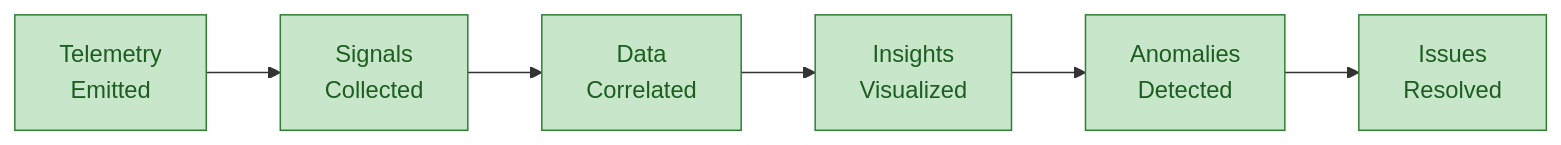
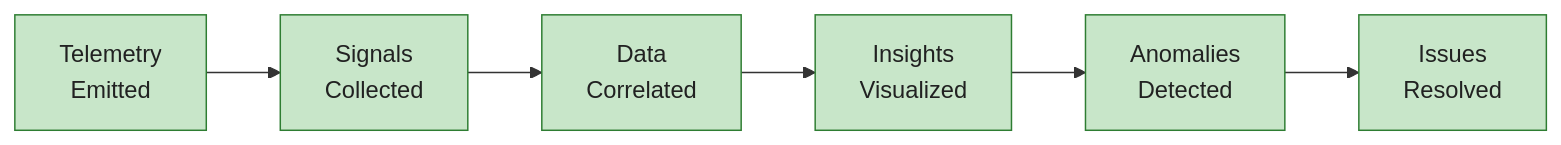
Before and after one commit to Evilazaro/Azure-LogicApps-Monitoring: the third of 4 diagrams in docs/architecture/01-business-architecture.md, drawn with Mermaid. The commit also changed other lines of this file and 2 other files, not shown here.

Commit message:
Refactor architecture diagrams for consistent color scheme and improved readability

````diff
--- a/docs/architecture/01-business-architecture.md
+++ b/docs/architecture/01-business-architecture.md
@@ -115,15 +112,15 @@
 ```mermaid
 flowchart LR
     MV1[Telemetry<br/>Emitted]
     MV2[Signals<br/>Collected]
     MV3[Data<br/>Correlated]
     MV4[Insights<br/>Visualized]
     MV5[Anomalies<br/>Detected]
     MV6[Issues<br/>Resolved]
 
     MV1 --> MV2 --> MV3 --> MV4 --> MV5 --> MV6
 
-    classDef stage fill:#C8E6C9,stroke:#2E7D32,color:#1B5E20
+    classDef stage fill:#C8E6C9,stroke:#2E7D32,color:#212121
 
     class MV1,MV2,MV3,MV4,MV5,MV6 stage
 ```
````
